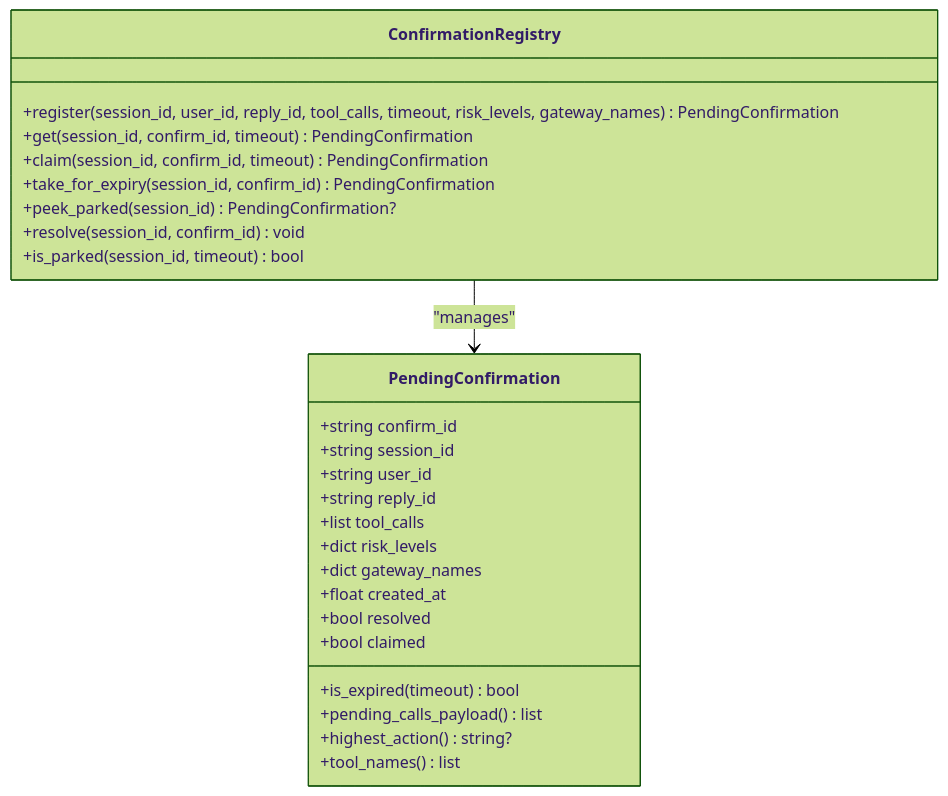
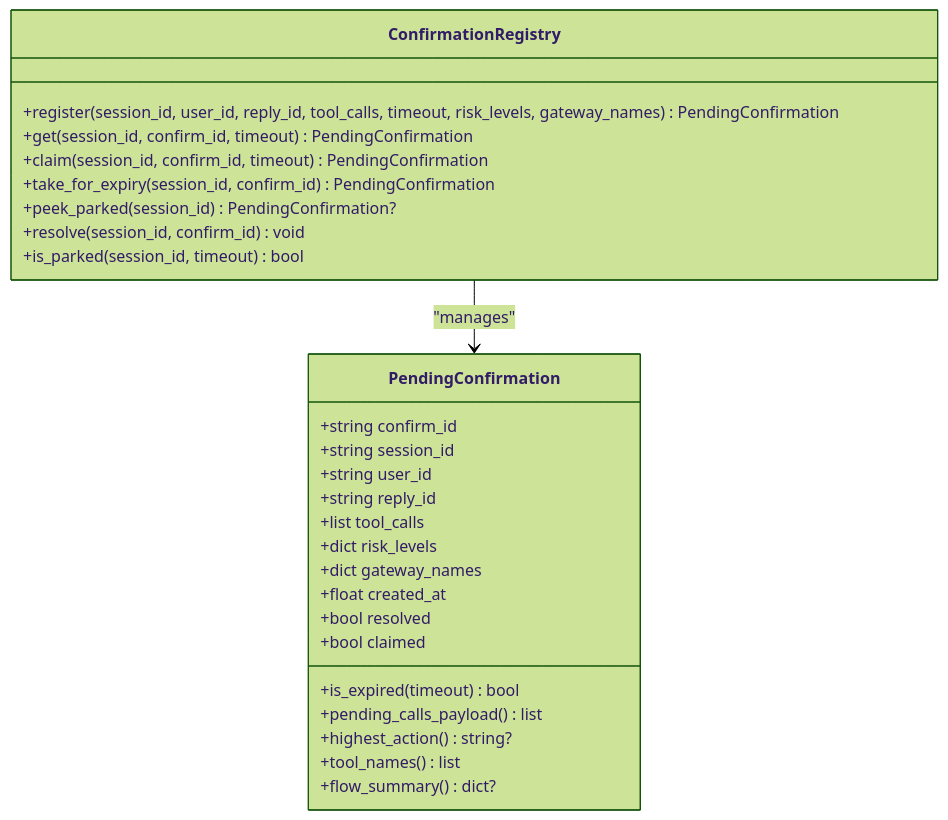
The third of 12 diagrams in .qoder/repowiki/en/content/Agent Platform Service/HITL Confirmation Bridging (SPEC-020).md (metasync/luban-aiops), drawn with Mermaid (forest theme) before and after one commit. The commit also changed other lines of this file and 11 other files, not shown here.

````diff
--- a/.qoder/repowiki/en/content/Agent Platform Service/HITL Confirmation Bridging (SPEC-020).md
+++ b/.qoder/repowiki/en/content/Agent Platform Service/HITL Confirmation Bridging (SPEC-020).md
@@ -261,29 +282,30 @@
 ```mermaid
 classDiagram
 class PendingConfirmation {
 +string confirm_id
 +string session_id
 +string user_id
 +string reply_id
 +list tool_calls
 +dict risk_levels
 +dict gateway_names
 +float created_at
 +bool resolved
 +bool claimed
 +is_expired(timeout) bool
 +pending_calls_payload() list
 +highest_action() string?
 +tool_names() list
++flow_summary() dict?
 }
 class ConfirmationRegistry {
 +register(session_id, user_id, reply_id, tool_calls, timeout, risk_levels, gateway_names) PendingConfirmation
 +get(session_id, confirm_id, timeout) PendingConfirmation
 +claim(session_id, confirm_id, timeout) PendingConfirmation
 +take_for_expiry(session_id, confirm_id) PendingConfirmation
 +peek_parked(session_id) PendingConfirmation?
 +resolve(session_id, confirm_id) void
 +is_parked(session_id, timeout) bool
 }
 ConfirmationRegistry --> PendingConfirmation : "manages"
 ```
````
